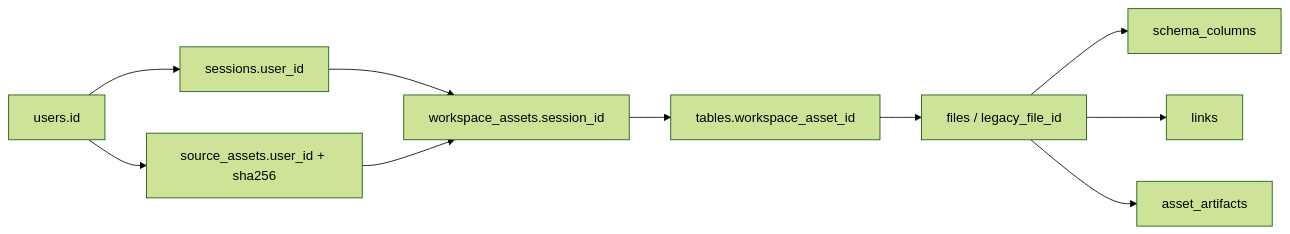
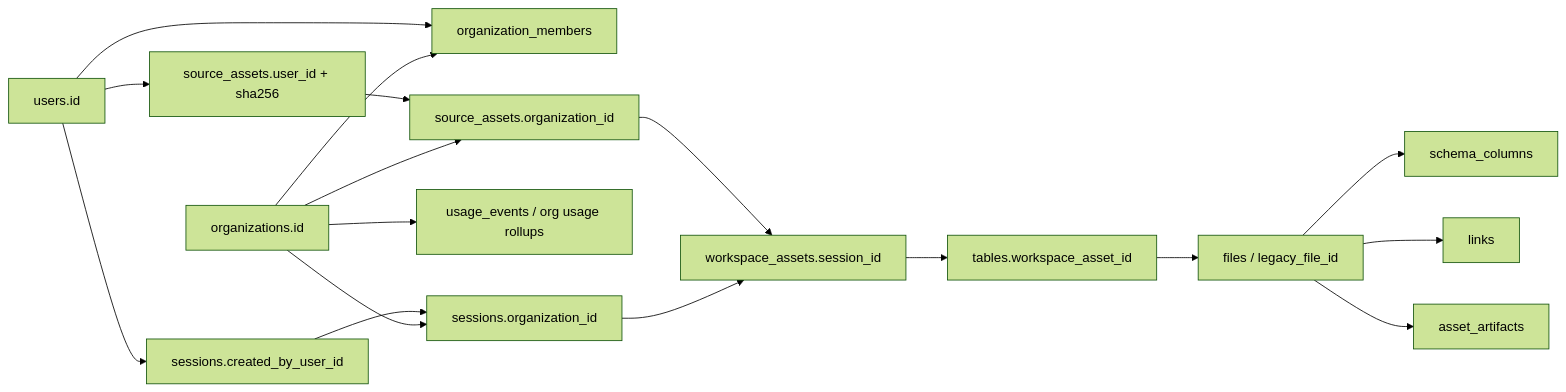
Before and after one commit to Nemukai/Cerno: the second of 3 diagrams in Docs/Architecture.md, drawn with Mermaid (forest theme). The commit also changed other lines of this file and 18 other files, not shown here.

````diff
--- a/Docs/Architecture.md
+++ b/Docs/Architecture.md
@@ -146,12 +161,19 @@
 ```mermaid
 flowchart LR
-  User["users.id"] --> Session["sessions.user_id"]
-  User --> Source["source_assets.user_id + sha256"]
+  Org["organizations.id"] --> Membership["organization_members"]
+  User["users.id"] --> Membership
+  Org --> Session["sessions.organization_id"]
+  User --> SessionOwner["sessions.created_by_user_id"]
+  SessionOwner --> Session
+  Org --> Usage["usage_events / org usage rollups"]
+  Org --> Source["source_assets.organization_id"]
+  User --> SourceUser["source_assets.user_id + sha256"]
+  SourceUser --> Source
   Session --> WorkspaceAsset["workspace_assets.session_id"]
   Source --> WorkspaceAsset
   WorkspaceAsset --> Table["tables.workspace_asset_id"]
   Table --> File["files / legacy_file_id"]
   File --> Schema["schema_columns"]
   File --> Links["links"]
   File --> Artifacts["asset_artifacts"]
 ```
````
